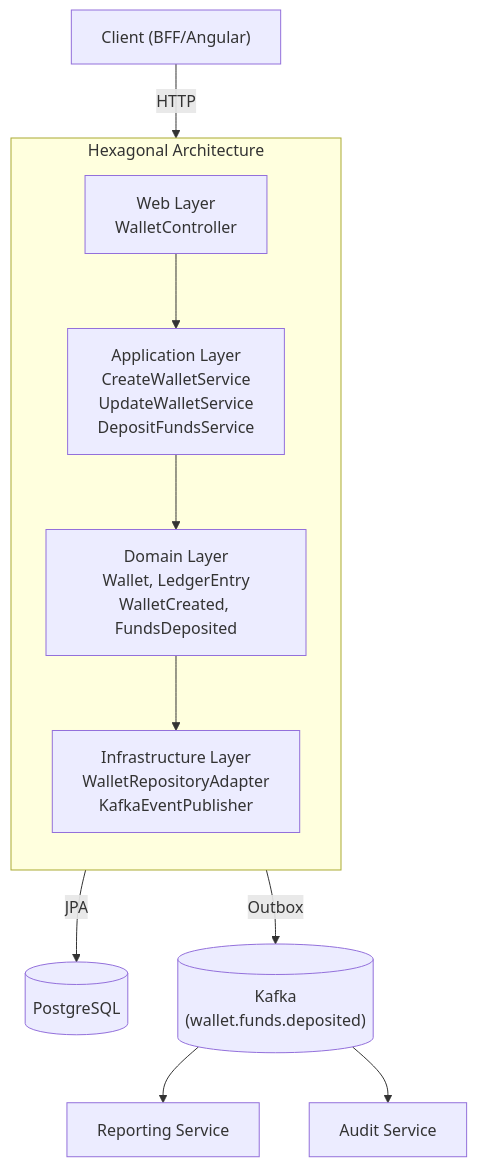
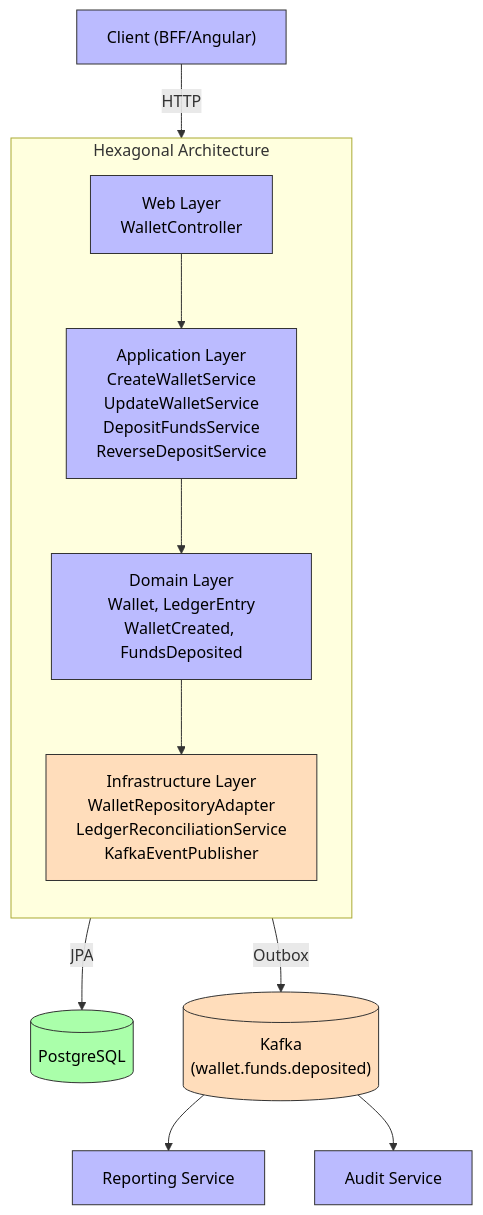
Before and after one commit to AlexAlvarezGallardo-GitHub/Aegis: the first of 2 diagrams in docs/obsidian/01 - Services/Wallet Service.md, drawn with Mermaid. The commit also changed other lines of this file and 87 other files, not shown here.

````diff
--- a/docs/obsidian/01 - Services/Wallet Service.md
+++ b/docs/obsidian/01 - Services/Wallet Service.md
@@ -15,17 +15,26 @@
 ```mermaid
 graph TB
     subgraph "Hexagonal Architecture"
         direction TB
         Web["Web Layer<br/>WalletController"]
-        App["Application Layer<br/>CreateWalletService<br/>UpdateWalletService<br/>DepositFundsService"]
+        App["Application Layer<br/>CreateWalletService<br/>UpdateWalletService<br/>DepositFundsService<br/>ReverseDepositService"]
         Domain["Domain Layer<br/>Wallet, LedgerEntry<br/>WalletCreated, FundsDeposited"]
-        Infra["Infrastructure Layer<br/>WalletRepositoryAdapter<br/>KafkaEventPublisher"]
+        Infra["Infrastructure Layer<br/>WalletRepositoryAdapter<br/>LedgerReconciliationService<br/>KafkaEventPublisher"]
         Web --> App --> Domain
         Domain --> Infra
     end
     Client["Client (BFF/Angular)"] -->|HTTP| Web
     Infra -->|JPA| PG[(PostgreSQL)]
     Infra -->|Outbox| Kafka[("Kafka<br/>(wallet.funds.deposited)")]
     Kafka --> Report[Reporting Service]
     Kafka --> Audit[Audit Service]
+    style Client fill:#bbf,stroke:#333,color:#000
+    style Web fill:#bbf,stroke:#333,color:#000
+    style App fill:#bbf,stroke:#333,color:#000
+    style Domain fill:#bbf,stroke:#333,color:#000
+    style Report fill:#bbf,stroke:#333,color:#000
+    style Audit fill:#bbf,stroke:#333,color:#000
+    style Infra fill:#fdb,stroke:#333,color:#000
+    style Kafka fill:#fdb,stroke:#333,color:#000
+    style PG fill:#afa,stroke:#333,color:#000
 ```
````
